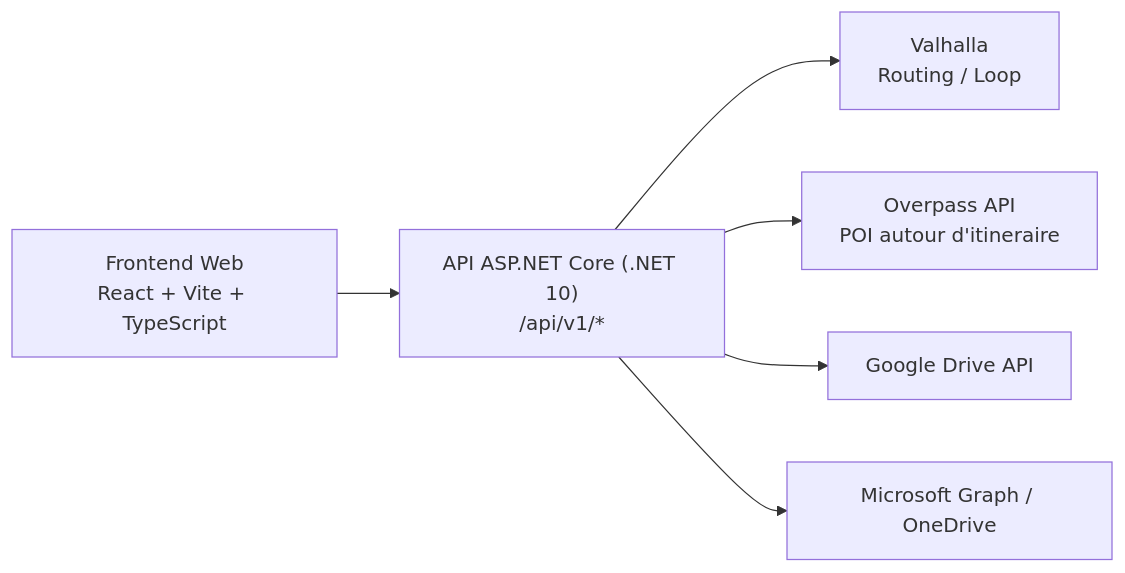
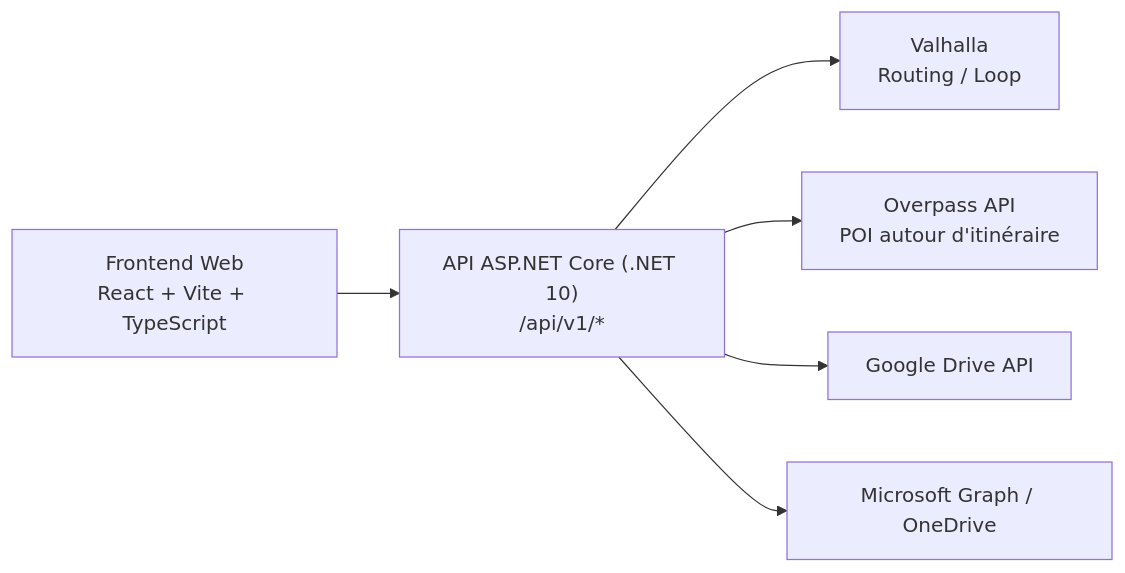
One commit to arnaud-wissart/BikeVoyager changed the diagram in README.md. Above: the diagram before and after it, drawn with Mermaid. The commit also changed other lines of this file, not shown here.

````diff
--- a/README.md
+++ b/README.md
@@ -28,8 +28,8 @@
 ```mermaid
 flowchart LR
     UI["Frontend Web<br/>React + Vite + TypeScript"] --> API["API ASP.NET Core (.NET 10)<br/>/api/v1/*"]
     API --> VAL["Valhalla<br/>Routing / Loop"]
-    API --> OVP["Overpass API<br/>POI autour d'itineraire"]
+    API --> OVP["Overpass API<br/>POI autour d'itinéraire"]
     API --> GDR["Google Drive API"]
     API --> ODR["Microsoft Graph / OneDrive"]
 ```
````
